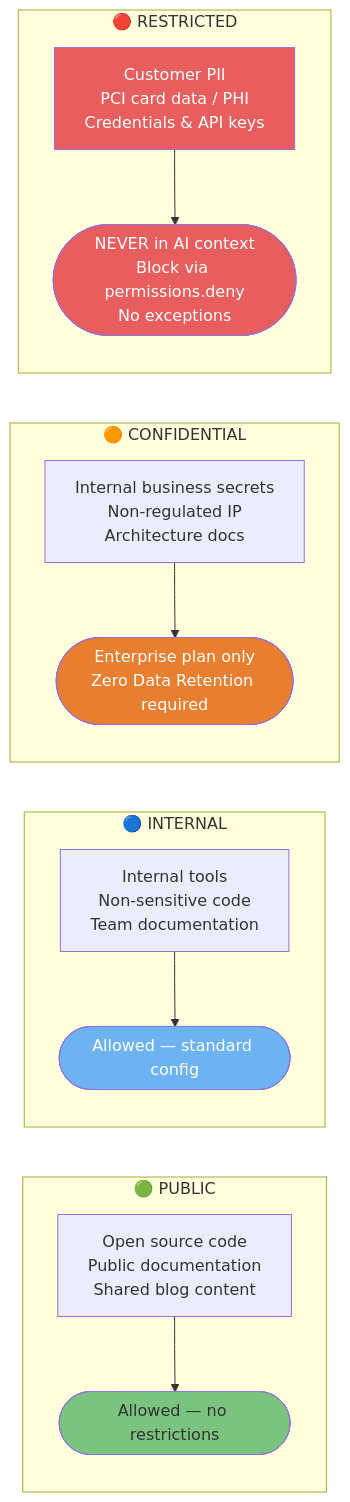
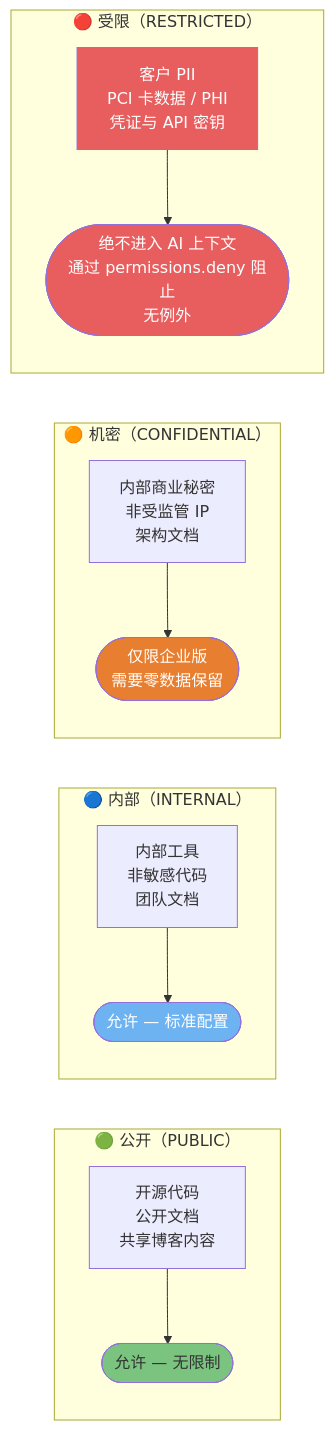
The third of 3 diagrams in claude-code/diagrams/12-enterprise-governance.md (lawrencewzen/aispark-wiki), drawn with Mermaid before and after one commit. The commit also changed other lines of this file and 82 other files, not shown here.

First line of the commit message:
feat: 完成 claude-code/ 目录全量中文翻译

````diff
--- a/claude-code/diagrams/12-enterprise-governance.md
+++ b/claude-code/diagrams/12-enterprise-governance.md
@@ -151,42 +151,42 @@
 ```mermaid
 flowchart LR
-    subgraph PUBLIC["🟢 PUBLIC"]
-        PU1["Open source code<br/>Public documentation<br/>Shared blog content"]
-        PU2(["Allowed — no restrictions"])
+    subgraph PUBLIC["🟢 公开（PUBLIC）"]
+        PU1["开源代码<br/>公开文档<br/>共享博客内容"]
+        PU2(["允许 — 无限制"])
     end
 
-    subgraph INTERNAL["🔵 INTERNAL"]
-        IN1["Internal tools<br/>Non-sensitive code<br/>Team documentation"]
-        IN2(["Allowed — standard config"])
+    subgraph INTERNAL["🔵 内部（INTERNAL）"]
+        IN1["内部工具<br/>非敏感代码<br/>团队文档"]
+        IN2(["允许 — 标准配置"])
     end
 
-    subgraph CONFIDENTIAL["🟠 CONFIDENTIAL"]
-        CO1["Internal business secrets<br/>Non-regulated IP<br/>Architecture docs"]
-        CO2(["Enterprise plan only<br/>Zero Data Retention required"])
+    subgraph CONFIDENTIAL["🟠 机密（CONFIDENTIAL）"]
+        CO1["内部商业秘密<br/>非受监管 IP<br/>架构文档"]
+        CO2(["仅限企业版<br/>需要零数据保留"])
     end
 
-    subgraph RESTRICTED["🔴 RESTRICTED"]
-        RE1["Customer PII<br/>PCI card data / PHI<br/>Credentials & API keys"]
-        RE2(["NEVER in AI context<br/>Block via permissions.deny<br/>No exceptions"])
+    subgraph RESTRICTED["🔴 受限（RESTRICTED）"]
+        RE1["客户 PII<br/>PCI 卡数据 / PHI<br/>凭证与 API 密钥"]
+        RE2(["绝不进入 AI 上下文<br/>通过 permissions.deny 阻止<br/>无例外"])
     end
 
     PU1 --> PU2
     IN1 --> IN2
     CO1 --> CO2
     RE1 --> RE2
 
     style PU2 fill:#7BC47F,color:#333
     style IN2 fill:#6DB3F2,color:#fff
     style CO2 fill:#E87E2F,color:#fff
     style RE2 fill:#E85D5D,color:#fff
     style RE1 fill:#E85D5D,color:#fff
 
-    click PU1 href "https://github.com/claude-code-ultimate-guide/claude-code-ultimate-guide/blob/main/guide/security/enterprise-governance.md#2-ai-usage-charter" "PUBLIC data"
-    click IN1 href "https://github.com/claude-code-ultimate-guide/claude-code-ultimate-guide/blob/main/guide/security/enterprise-governance.md#2-ai-usage-charter" "INTERNAL data"
-    click CO1 href "https://github.com/claude-code-ultimate-guide/claude-code-ultimate-guide/blob/main/guide/security/enterprise-governance.md#2-ai-usage-charter" "CONFIDENTIAL data"
-    click RE1 href "https://github.com/claude-code-ultimate-guide/claude-code-ultimate-guide/blob/main/guide/security/enterprise-governance.md#2-ai-usage-charter" "RESTRICTED data"
-    click PU2 href "https://github.com/claude-code-ultimate-guide/claude-code-ultimate-guide/blob/main/guide/security/enterprise-governance.md#2-ai-usage-charter" "PUBLIC: allowed"
-    click IN2 href "https://github.com/claude-code-ultimate-guide/claude-code-ultimate-guide/blob/main/guide/security/enterprise-governance.md#2-ai-usage-charter" "INTERNAL: standard config"
-    click CO2 href "https://github.com/claude-code-ultimate-guide/claude-code-ultimate-guide/blob/main/guide/security/enterprise-governance.md#2-ai-usage-charter" "CONFIDENTIAL: Enterprise only"
-    click RE2 href "https://github.com/claude-code-ultimate-guide/claude-code-ultimate-guide/blob/main/guide/security/enterprise-governance.md#2-ai-usage-charter" "RESTRICTED: never in AI context"
+    click PU1 href "https://github.com/claude-code-ultimate-guide/claude-code-ultimate-guide/blob/main/guide/security/enterprise-governance.md#2-ai-usage-charter" "公开数据"
+    click IN1 href "https://github.com/claude-code-ultimate-guide/claude-code-ultimate-guide/blob/main/guide/security/enterprise-governance.md#2-ai-usage-charter" "内部数据"
+    click CO1 href "https://github.com/claude-code-ultimate-guide/claude-code-ultimate-guide/blob/main/guide/security/enterprise-governance.md#2-ai-usage-charter" "机密数据"
+    click RE1 href "https://github.com/claude-code-ultimate-guide/claude-code-ultimate-guide/blob/main/guide/security/enterprise-governance.md#2-ai-usage-charter" "受限数据"
+    click PU2 href "https://github.com/claude-code-ultimate-guide/claude-code-ultimate-guide/blob/main/guide/security/enterprise-governance.md#2-ai-usage-charter" "公开：允许"
+    click IN2 href "https://github.com/claude-code-ultimate-guide/claude-code-ultimate-guide/blob/main/guide/security/enterprise-governance.md#2-ai-usage-charter" "内部：标准配置"
+    click CO2 href "https://github.com/claude-code-ultimate-guide/claude-code-ultimate-guide/blob/main/guide/security/enterprise-governance.md#2-ai-usage-charter" "机密：仅限企业版"
+    click RE2 href "https://github.com/claude-code-ultimate-guide/claude-code-ultimate-guide/blob/main/guide/security/enterprise-governance.md#2-ai-usage-charter" "受限：绝不进入 AI 上下文"
 ```
````
